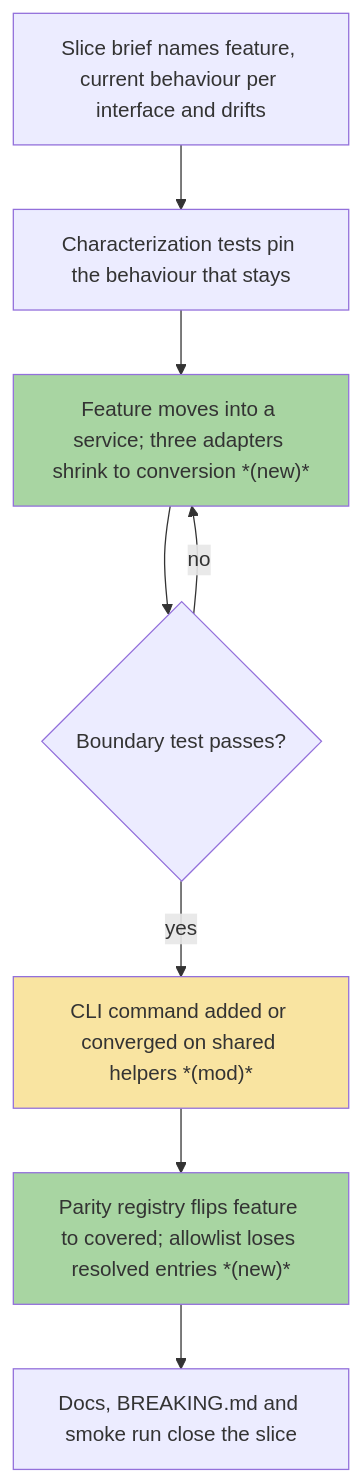
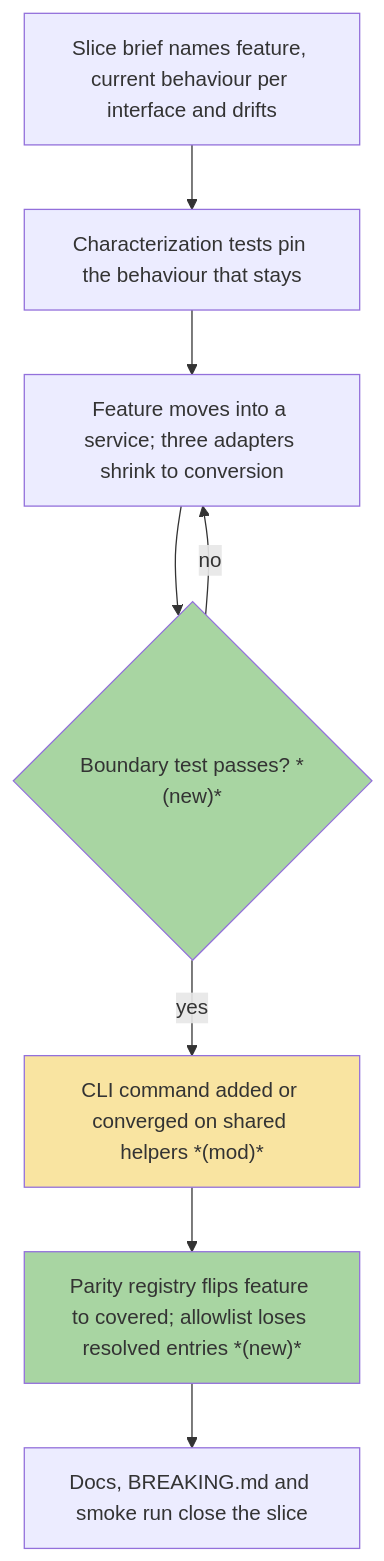
The third of 4 diagrams in Documentation/Backlog/interface-parity/00_service_layer_foundation-team-plan.md (user538295/archon-search), drawn with Mermaid before and after one commit. The commit also changed other lines of this file and 7 other files, not shown here.

````diff
--- a/Documentation/Backlog/interface-parity/00_service_layer_foundation-team-plan.md
+++ b/Documentation/Backlog/interface-parity/00_service_layer_foundation-team-plan.md
@@ -251,25 +262,25 @@
 ```mermaid
 flowchart TD
   classDef newNode fill:#a8d5a2;
   classDef modNode fill:#f9e4a1;
 
   A["Slice brief names feature, current behaviour per interface and drifts"]
   B["Characterization tests pin the behaviour that stays"]
-  C["Feature moves into a service; three adapters shrink to conversion *(new)*"]
-  D{"Boundary test passes?"}
+  C["Feature moves into a service; three adapters shrink to conversion"]
+  D{"Boundary test passes? *(new)*"}
   E["CLI command added or converged on shared helpers *(mod)*"]
   F["Parity registry flips feature to covered; allowlist loses resolved entries *(new)*"]
   G["Docs, BREAKING.md and smoke run close the slice"]
 
   A --> B
   B --> C
   C --> D
   D -- no --> C
   D -- yes --> E
   E --> F
   F --> G
 
-  class C newNode;
+  class D newNode;
   class F newNode;
   class E modNode;
 ```
````
